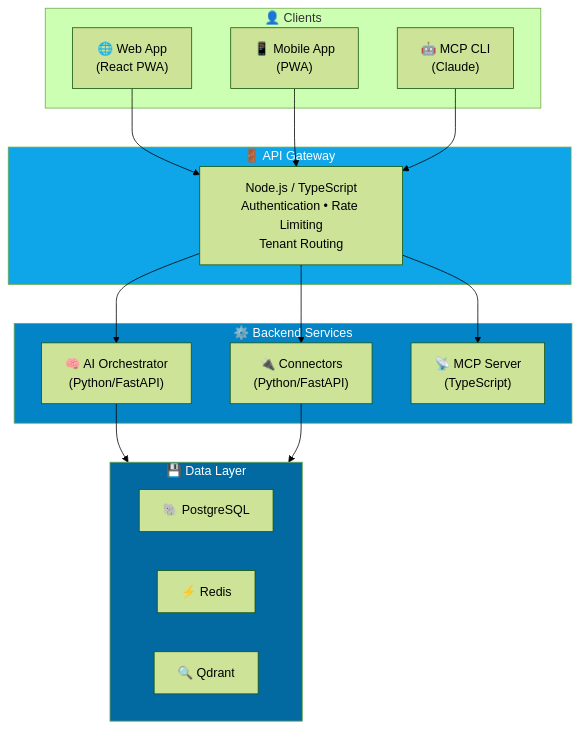
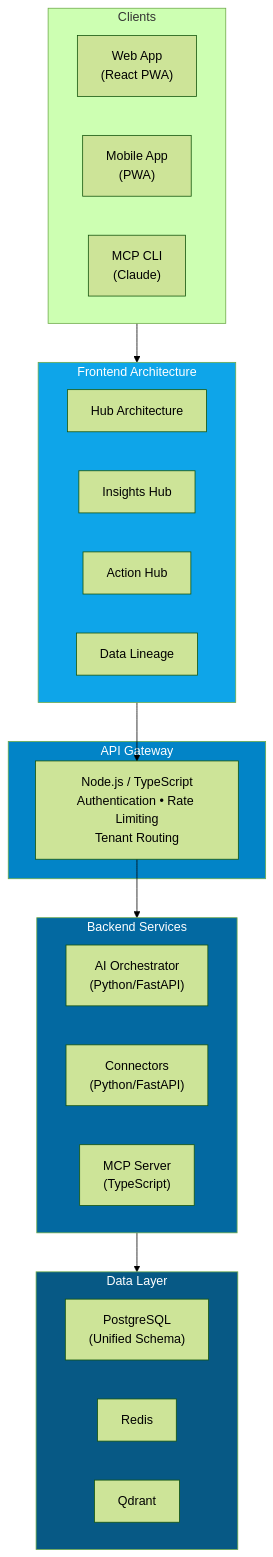
One commit to k5tuck/binelekv2-docs changed the diagram in docs/intro.md. Above: the diagram before and after it, drawn with Mermaid (forest theme). The commit also changed other lines of this file and 5 other files, not shown here.

First line of the commit message:
docs: Add hub architecture and data lineage documentation

````diff
--- a/docs/intro.md
+++ b/docs/intro.md
@@ -56,37 +92,41 @@
 ```mermaid
 flowchart TB
-    subgraph Clients["👤 Clients"]
-        WEB["🌐 Web App<br/>(React PWA)"]
-        MOBILE["📱 Mobile App<br/>(PWA)"]
-        MCP["🤖 MCP CLI<br/>(Claude)"]
+    subgraph Clients["Clients"]
+        WEB["Web App<br/>(React PWA)"]
+        MOBILE["Mobile App<br/>(PWA)"]
+        MCP["MCP CLI<br/>(Claude)"]
     end
 
-    subgraph Gateway["🚪 API Gateway"]
+    subgraph Frontend["Frontend Architecture"]
+        HUBS["Hub Architecture"]
+        INSIGHTS["Insights Hub"]
+        ACTION["Action Hub"]
+        LINEAGE["Data Lineage"]
+    end
+
+    subgraph Gateway["API Gateway"]
         GW["Node.js / TypeScript<br/>Authentication • Rate Limiting<br/>Tenant Routing"]
     end
 
-    subgraph Services["⚙️ Backend Services"]
-        AI["🧠 AI Orchestrator<br/>(Python/FastAPI)"]
-        CONN["🔌 Connectors<br/>(Python/FastAPI)"]
-        MCPS["📡 MCP Server<br/>(TypeScript)"]
+    subgraph Services["Backend Services"]
+        AI["AI Orchestrator<br/>(Python/FastAPI)"]
+        CONN["Connectors<br/>(Python/FastAPI)"]
+        MCPS["MCP Server<br/>(TypeScript)"]
     end
 
-    subgraph Data["💾 Data Layer"]
-        PG["🐘 PostgreSQL"]
-        REDIS["⚡ Redis"]
-        QDRANT["🔍 Qdrant"]
+    subgraph Data["Data Layer"]
+        PG["PostgreSQL<br/>(Unified Schema)"]
+        REDIS["Redis"]
+        QDRANT["Qdrant"]
     end
 
-    WEB --> GW
-    MOBILE --> GW
-    MCP --> GW
-    GW --> AI
-    GW --> CONN
-    GW --> MCPS
-    AI --> Data
-    CONN --> Data
+    Clients --> Frontend
+    Frontend --> GW
+    GW --> Services
+    Services --> Data
 
-    style Gateway fill:#0ea5e9,color:#fff
-    style Services fill:#0284c7,color:#fff
-    style Data fill:#0369a1,color:#fff
+    style Frontend fill:#0ea5e9,color:#fff
+    style Gateway fill:#0284c7,color:#fff
+    style Services fill:#0369a1,color:#fff
+    style Data fill:#075985,color:#fff
 ```
````
